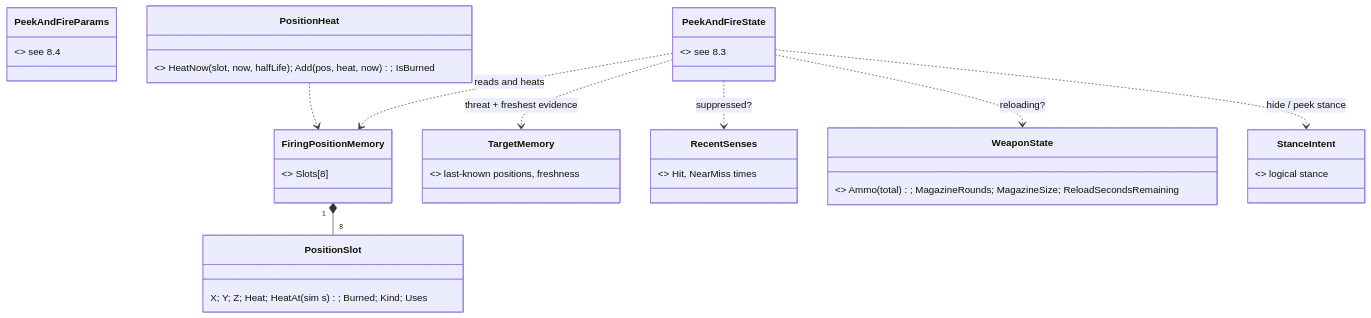
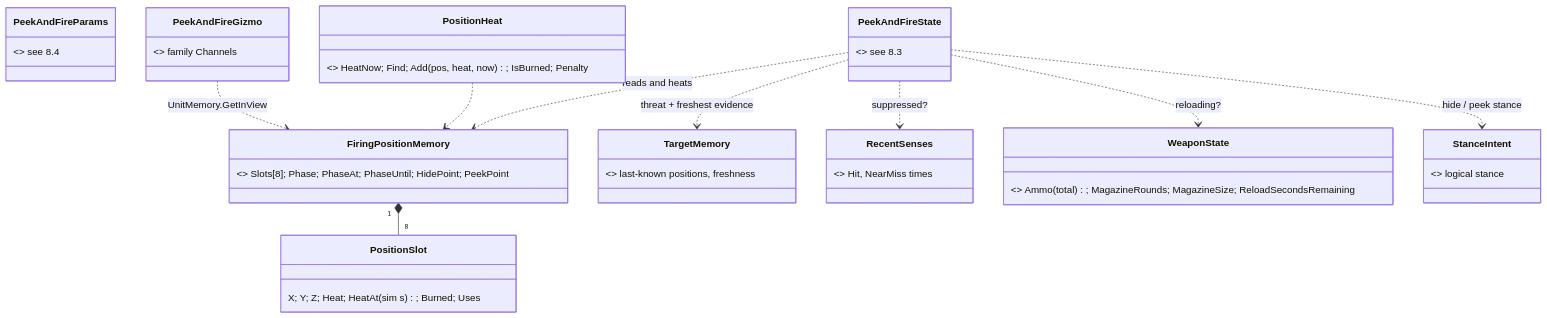
Before and after one commit to pjanec/HROT: the sixth of 7 diagrams in docs/DESIGN_Peek_And_Fire.md, drawn with Mermaid. The commit also changed other lines of this file and 10 other files, not shown here.

First line of the commit message:
CE-3136 P-6 PeekAndFire node + FiringPositionMemory (first unit memory) + PeekAndFireGizmo (T4)

````diff
--- a/docs/DESIGN_Peek_And_Fire.md
+++ b/docs/DESIGN_Peek_And_Fire.md
@@ -215,19 +218,21 @@
 ```mermaid
 classDiagram
-  class FiringPositionMemory { <<new unit memory struct, Q87>> Slots[8] }
-  class PositionSlot { X; Y; Z; Heat; HeatAt (sim s); Burned; Kind; Uses }
+  class FiringPositionMemory { <<new unit memory struct, Q87 · BUILT P-6>> Slots[8]; Phase; PhaseAt; PhaseUntil; HidePoint; PeekPoint }
+  class PositionSlot { X; Y; Z; Heat; HeatAt (sim s); Burned; Uses }
   class PeekAndFireParams { <<node params, designer-edited>> see 8.4 }
   class PeekAndFireState { <<node working state, reset on exit>> see 8.3 }
   class TargetMemory { <<existing unit component>> last-known positions, freshness }
   class RecentSenses { <<existing unit component>> Hit, NearMiss times }
   class WeaponState { <<existing, grows D9>> Ammo (total); MagazineRounds; MagazineSize; ReloadSecondsRemaining }
   class StanceIntent { <<existing>> logical stance }
-  class PositionHeat { <<new static>> HeatNow(slot, now, halfLife); Add(pos, heat, now); IsBurned }
+  class PositionHeat { <<new static · BUILT P-6, Fdp.Toolkits>> HeatNow; Find; Add(pos, heat, now); IsBurned; Penalty }
+  class PeekAndFireGizmo { <<new, T4 · BUILT P-6, Hrot.Presentation>> family Channels }
+  PeekAndFireGizmo ..> FiringPositionMemory : UnitMemory.GetInView
   FiringPositionMemory "1" *-- "8" PositionSlot
   PeekAndFireState ..> FiringPositionMemory : reads and heats
   PeekAndFireState ..> TargetMemory : threat + freshest evidence
   PeekAndFireState ..> RecentSenses : suppressed?
   PeekAndFireState ..> WeaponState : reloading?
   PeekAndFireState ..> StanceIntent : hide / peek stance
   PositionHeat ..> FiringPositionMemory
 ```
````
